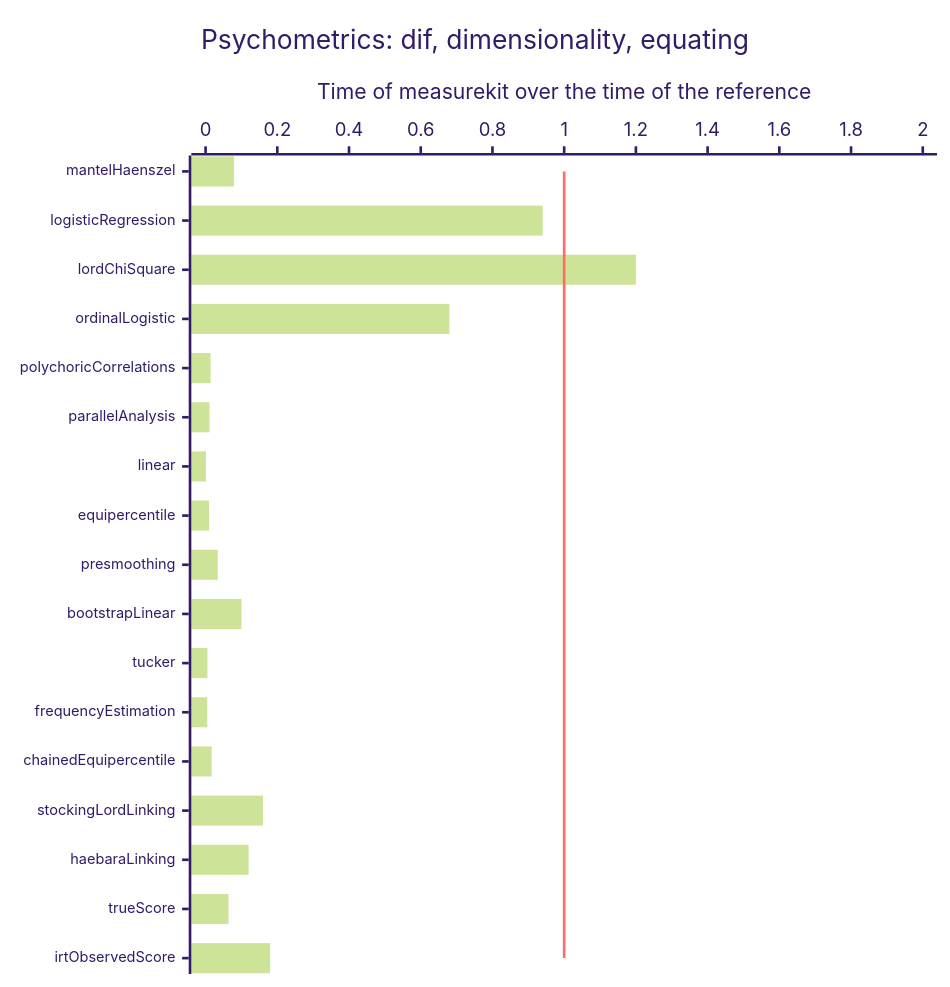
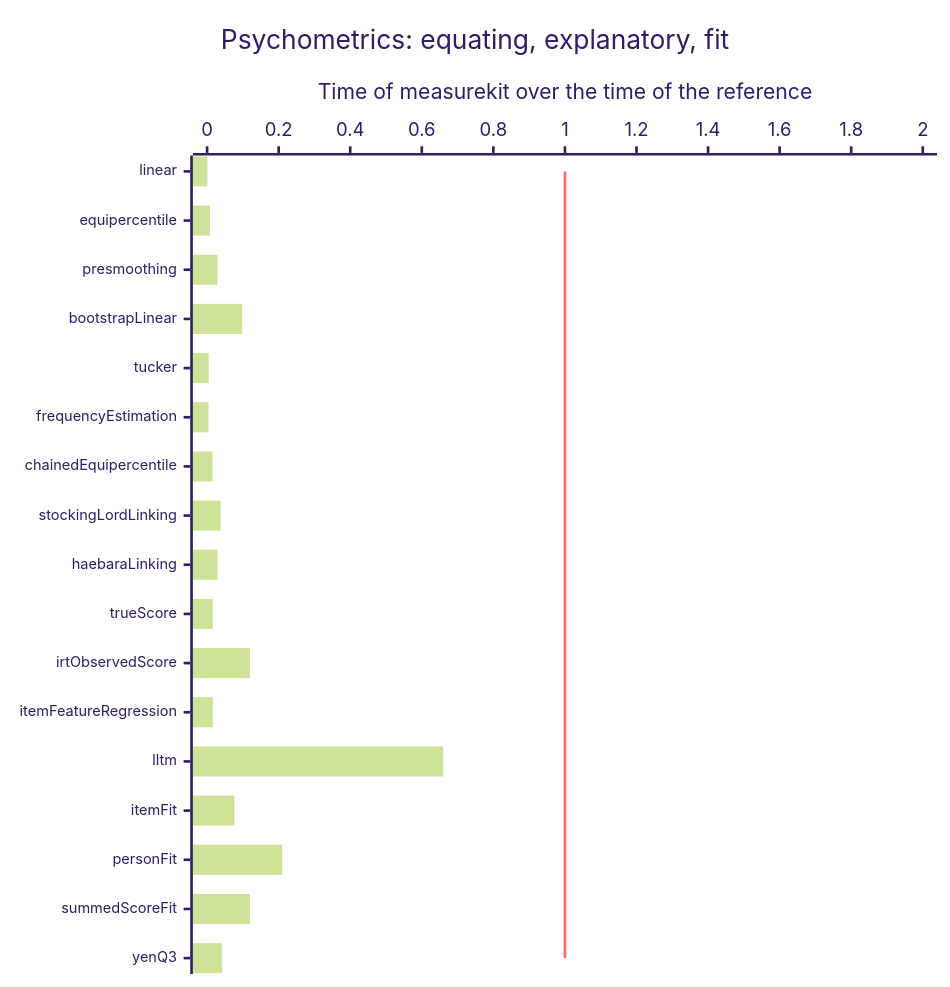
Before and after one commit to measurekit/measurekit: the fourth of 11 diagrams in docs/performance.md, drawn with Mermaid (forest theme). The commit also changed other lines of this file and 5 other files, not shown here.

````diff
--- a/docs/performance.md
+++ b/docs/performance.md
@@ -43,9 +43,9 @@
 ```mermaid
 %%{init: {"xyChart": {"height": 728, "xAxis": {"labelFontSize": 11}}}}%%
 xychart-beta horizontal
-  title "Psychometrics: dif, dimensionality, equating"
-  x-axis ["mantelHaenszel", "logisticRegression", "lordChiSquare", "ordinalLogistic", "polychoricCorrelations", "parallelAnalysis", "linear", "equipercentile", "presmoothing", "bootstrapLinear", "tucker", "frequencyEstimation", "chainedEquipercentile", "stockingLordLinking", "haebaraLinking", "trueScore", "irtObservedScore"]
+  title "Psychometrics: equating, explanatory, fit"
+  x-axis ["linear", "equipercentile", "presmoothing", "bootstrapLinear", "tucker", "frequencyEstimation", "chainedEquipercentile", "stockingLordLinking", "haebaraLinking", "trueScore", "irtObservedScore", "itemFeatureRegression", "lltm", "itemFit", "personFit", "summedScoreFit", "yenQ3"]
   y-axis "Time of measurekit over the time of the reference" 0 --> 2
-  bar [0.079, 0.94, 1.2, 0.68, 0.014, 0.011, 0.00095, 0.0097, 0.034, 0.1, 0.0053, 0.0047, 0.017, 0.16, 0.12, 0.064, 0.18]
+  bar [0.00081, 0.008, 0.029, 0.098, 0.0045, 0.0039, 0.015, 0.038, 0.029, 0.016, 0.12, 0.016, 0.66, 0.076, 0.21, 0.12, 0.042]
   line [1, 1, 1, 1, 1, 1, 1, 1, 1, 1, 1, 1, 1, 1, 1, 1, 1]
 ```
````
